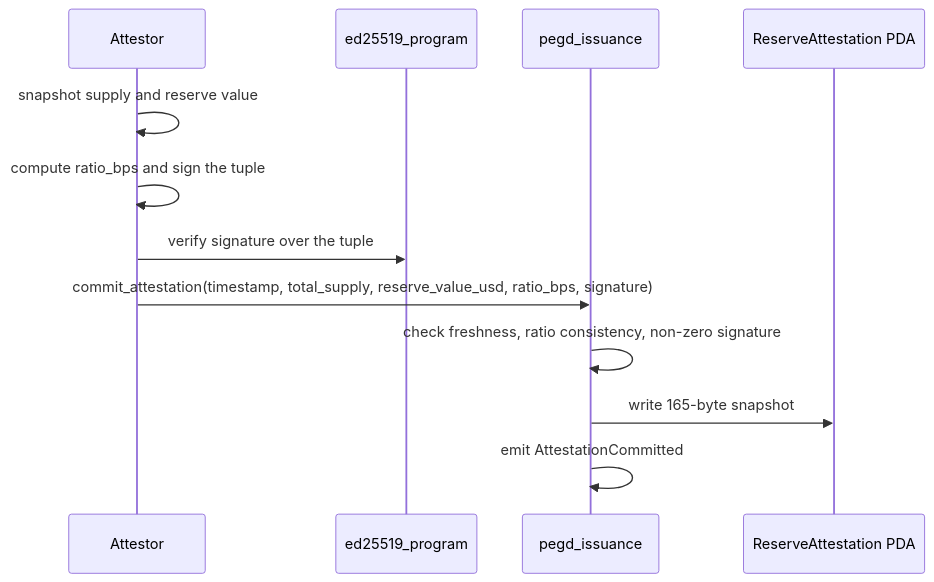
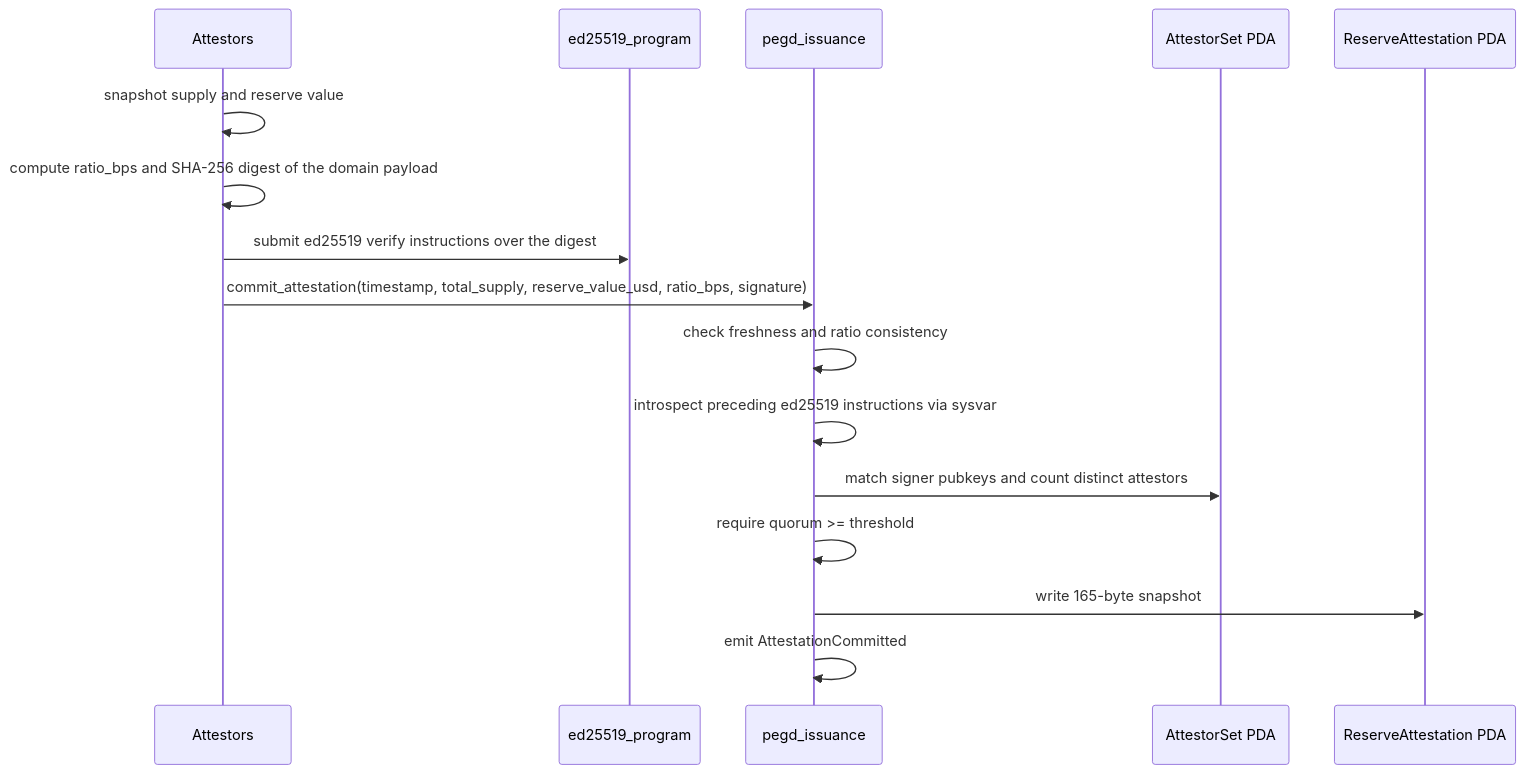
One commit to pegd-money/pegd changed the diagram in docs/attestation-layout.md. Above: the diagram before and after it, drawn with Mermaid. The commit also changed other lines of this file and 3 other files, not shown here.

First line of the commit message:
Refresh the IDL, docs, and tests for the hardened issuance flow

````diff
--- a/docs/attestation-layout.md
+++ b/docs/attestation-layout.md
@@ -66,14 +84,18 @@
 ```mermaid
 sequenceDiagram
-  participant A as Attestor
+  participant A as Attestors
   participant E as ed25519_program
   participant P as pegd_issuance
+  participant S as AttestorSet PDA
   participant Acc as ReserveAttestation PDA
   A->>A: snapshot supply and reserve value
-  A->>A: compute ratio_bps and sign the tuple
-  A->>E: verify signature over the tuple
+  A->>A: compute ratio_bps and SHA-256 digest of the domain payload
+  A->>E: submit ed25519 verify instructions over the digest
   A->>P: commit_attestation(timestamp, total_supply, reserve_value_usd, ratio_bps, signature)
-  P->>P: check freshness, ratio consistency, non-zero signature
+  P->>P: check freshness and ratio consistency
+  P->>P: introspect preceding ed25519 instructions via sysvar
+  P->>S: match signer pubkeys and count distinct attestors
+  P->>P: require quorum >= threshold
   P->>Acc: write 165-byte snapshot
   P->>P: emit AttestationCommitted
 ```
````
